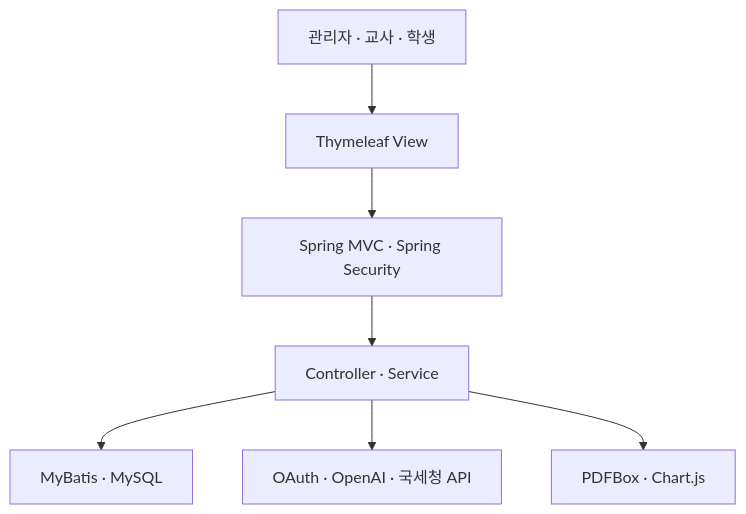
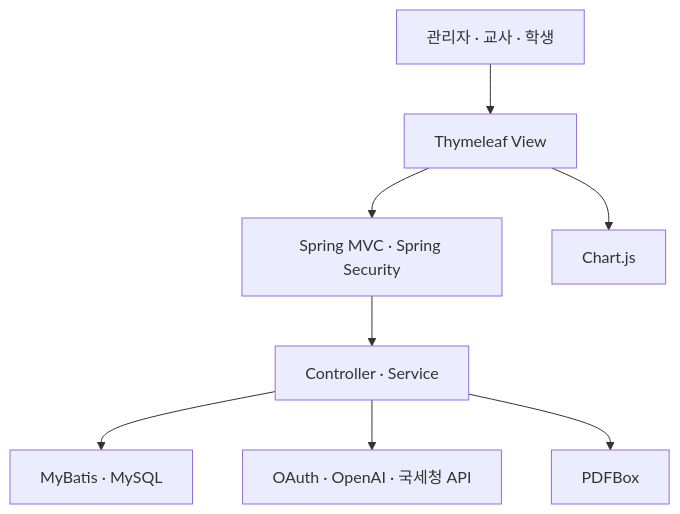
One commit to Eunhye-yoo/EduPOP changed the second of 2 diagrams in README.md. Above: the diagram before and after it, drawn with Mermaid. The commit also changed other lines of this file, not shown here.

```diff
--- a/README.md
+++ b/README.md
@@ -128,9 +128,10 @@
 ~~~mermaid
 flowchart TB
     U["관리자 · 교사 · 학생"] --> V["Thymeleaf View"]
     V --> S["Spring MVC · Spring Security"]
     S --> B["Controller · Service"]
     B --> D["MyBatis · MySQL"]
     B --> X["OAuth · OpenAI · 국세청 API"]
-    B --> P["PDFBox · Chart.js"]
+    B --> P["PDFBox"]
+    V --> C["Chart.js"]
 ~~~
```
